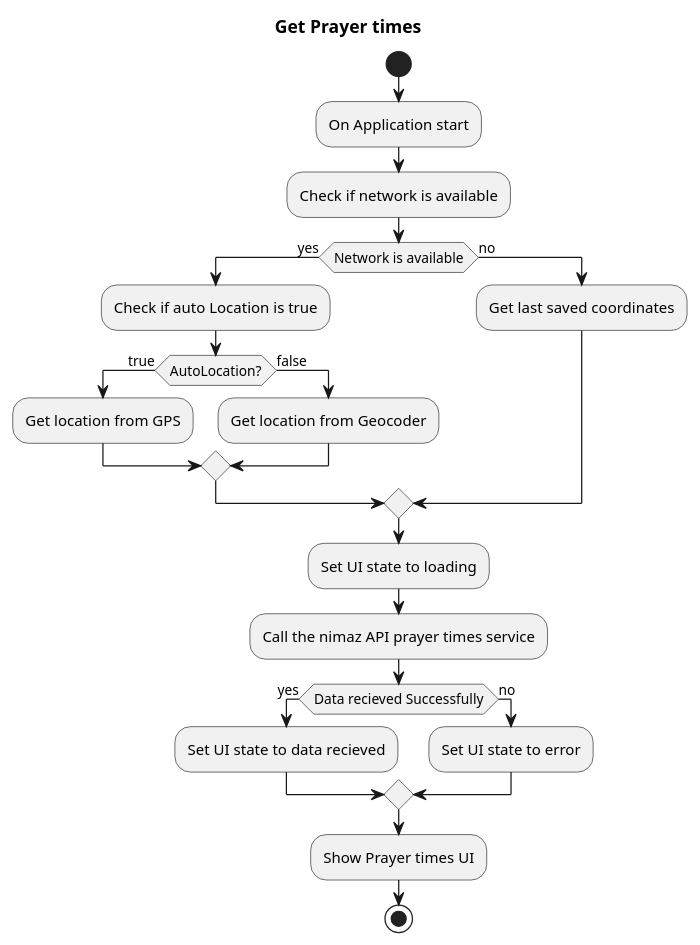
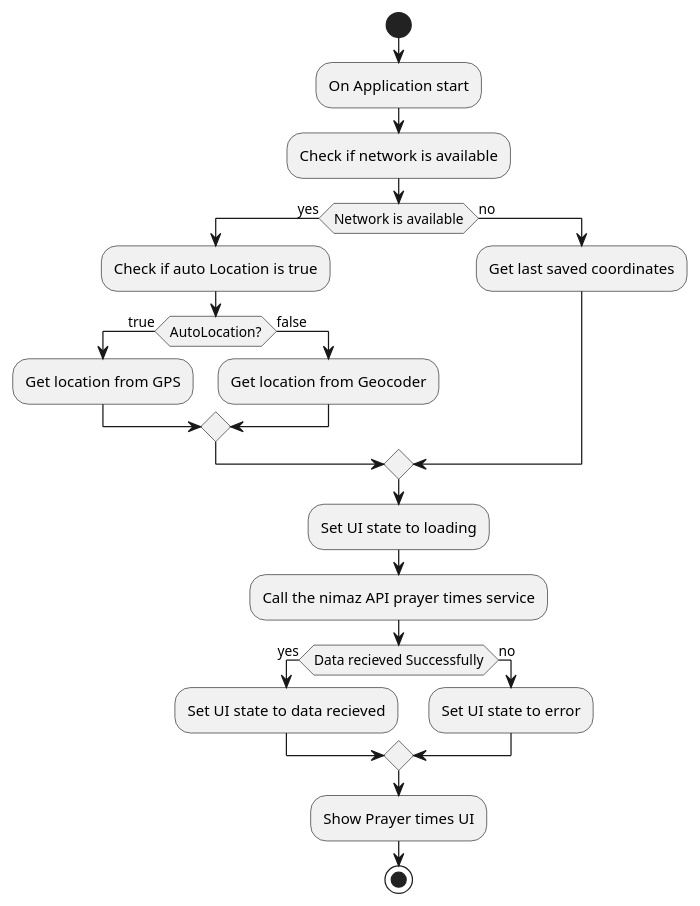
Before and after one commit to arshad-shah/Nimaz: the diagram in app/src/main/java/com/arshadshah/nimaz/diagrams/FlowChart/Prayertimes.puml, drawn with PlantUML. The commit also changed 10 other files, not shown here.

```diff
--- a/app/src/main/java/com/arshadshah/nimaz/diagrams/FlowChart/Prayertimes.puml
+++ b/app/src/main/java/com/arshadshah/nimaz/diagrams/FlowChart/Prayertimes.puml
@@ -1,27 +1,25 @@
 @startuml
-'https://plantuml.com/activity-diagram-beta
-title Get Prayer times
 start
 :On Application start;
 :Check if network is available;
 if (Network is available) then (yes)
   :Check if auto Location is true;
   if(AutoLocation?) then (true)
   :Get location from GPS;
   else (false)
     :Get location from Geocoder;
   endif
 else (no)
 :Get last saved coordinates;
 endif
 :Set UI state to loading;
 :Call the nimaz API prayer times service;
 if(Data recieved Successfully) then (yes)
 :Set UI state to data recieved;
 else(no)
 :Set UI state to error;
 endif
 :Show Prayer times UI;
 stop
 
 @enduml
```
